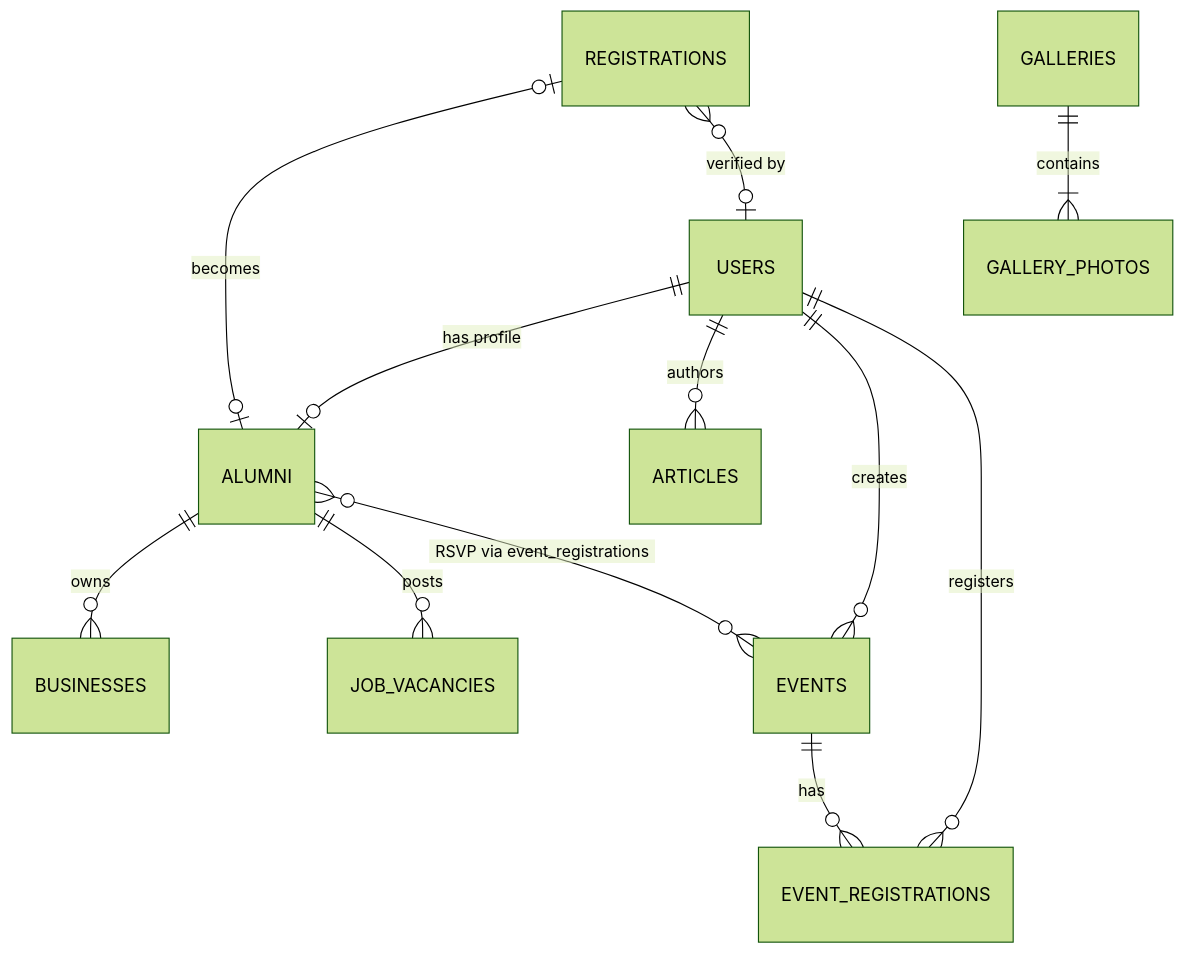
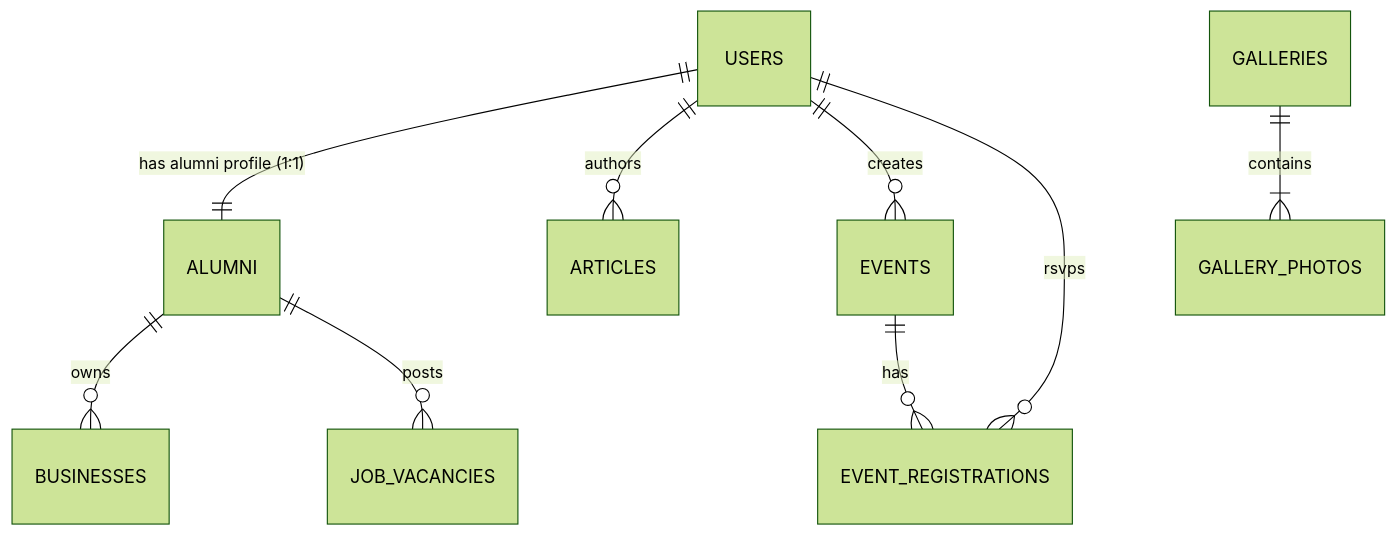
Before and after one commit to ikimamatt/ika-kps: the third of 3 diagrams in prd.md, drawn with Mermaid (forest theme). The commit also changed other lines of this file and 216 other files, not shown here.

````diff
--- a/prd.md
+++ b/prd.md
@@ -721,14 +656,11 @@
 ```mermaid
 erDiagram
-    USERS ||--o| ALUMNI : "has profile"
+    USERS ||--|| ALUMNI : "has alumni profile (1:1)"
     USERS ||--o{ ARTICLES : "authors"
     USERS ||--o{ EVENTS : "creates"
+    USERS ||--o{ EVENT_REGISTRATIONS : "rsvps"
     ALUMNI ||--o{ BUSINESSES : "owns"
     ALUMNI ||--o{ JOB_VACANCIES : "posts"
-    ALUMNI }o--o{ EVENTS : "RSVP via event_registrations"
-    REGISTRATIONS |o--o| ALUMNI : "becomes"
-    REGISTRATIONS }o--o| USERS : "verified by"
+    EVENTS ||--o{ EVENT_REGISTRATIONS : "has"
     GALLERIES ||--|{ GALLERY_PHOTOS : "contains"
-    EVENTS ||--o{ EVENT_REGISTRATIONS : "has"
-    USERS ||--o{ EVENT_REGISTRATIONS : "registers"
 ```
````
